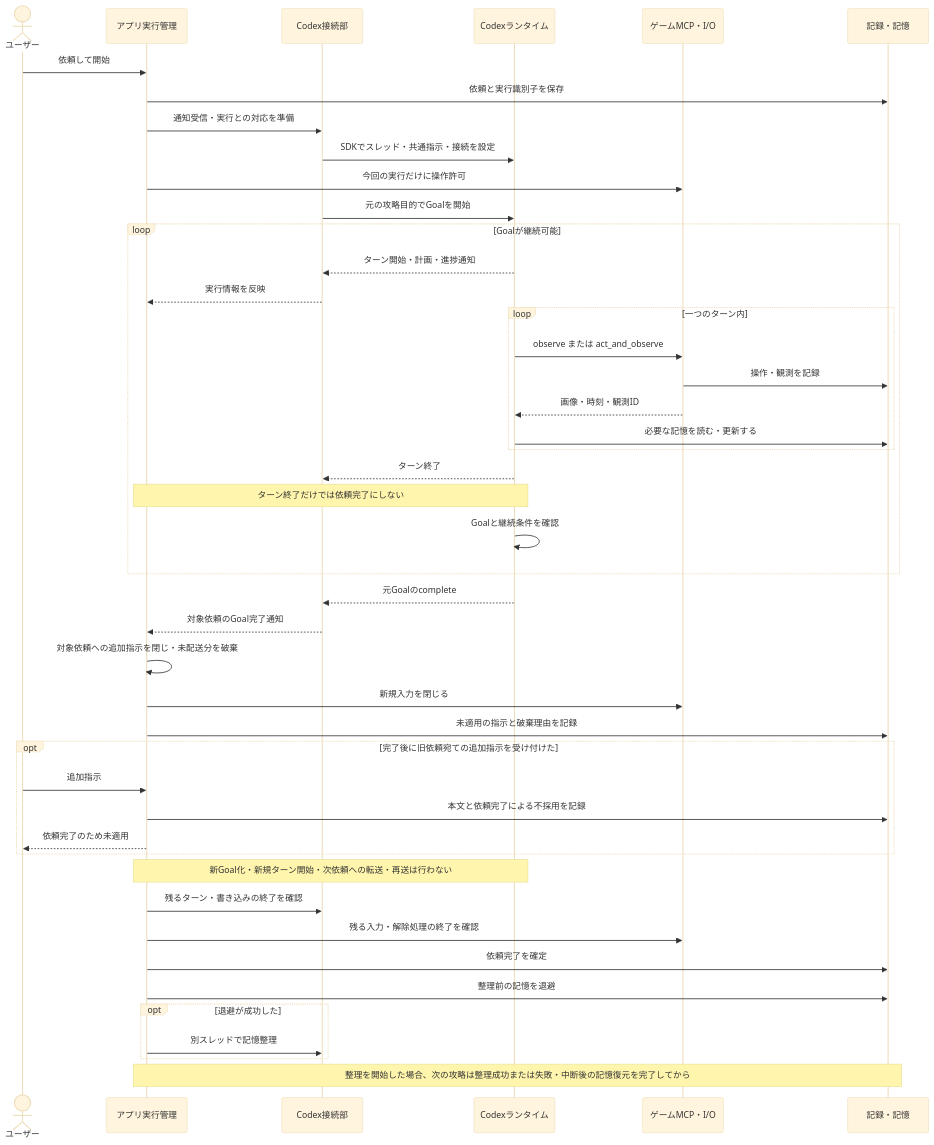
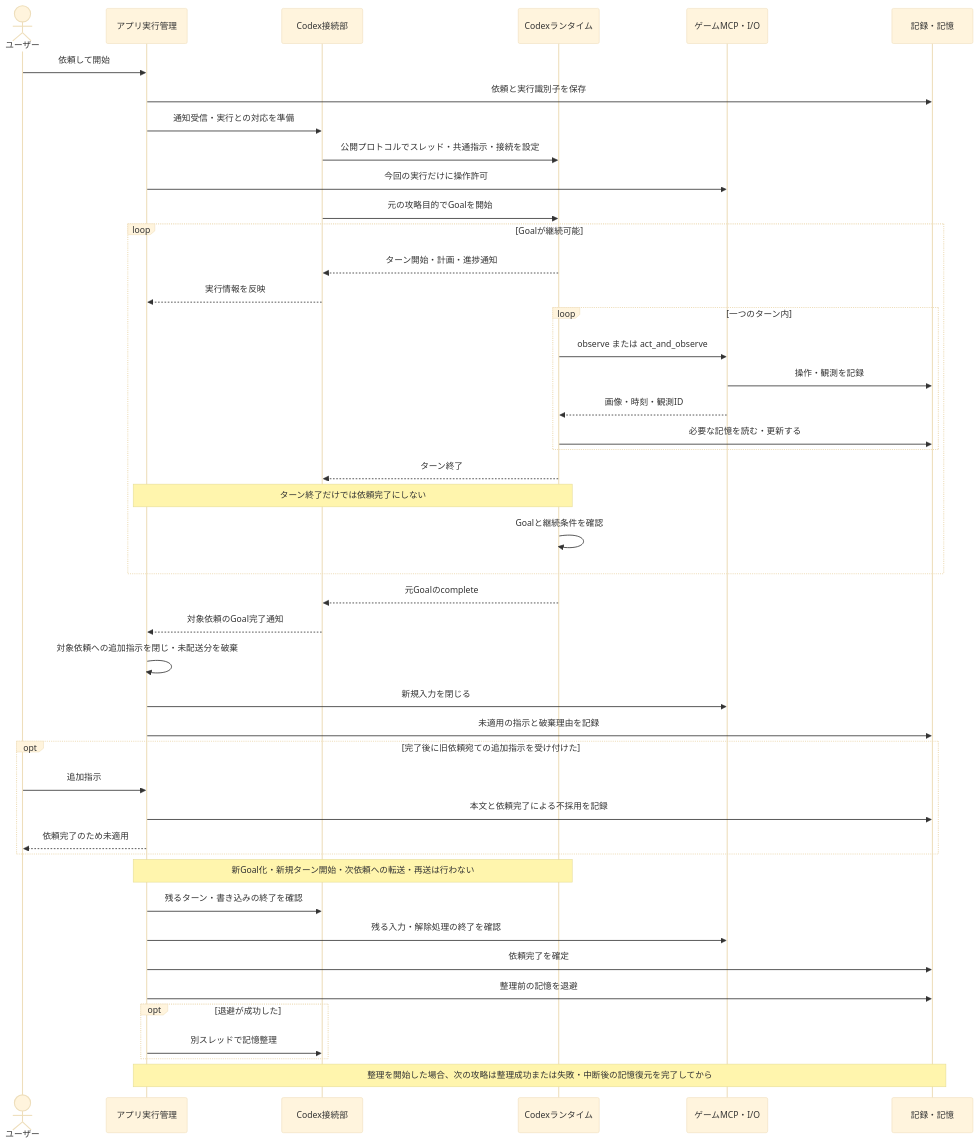
One commit to niart120/Project_Gigas changed the second of 8 diagrams in spec/initial/09-control-flows.md. Above: the diagram before and after it, drawn with Mermaid (base theme). The commit also changed other lines of this file and 6 other files, not shown here.

````diff
--- a/spec/initial/09-control-flows.md
+++ b/spec/initial/09-control-flows.md
@@ -68,47 +68,47 @@
 ```mermaid
 sequenceDiagram
     actor U as ユーザー
     participant A as アプリ実行管理
     participant C as Codex接続部
     participant R as Codexランタイム
     participant G as ゲームMCP・I/O
     participant D as 記録・記憶
     U->>A: 依頼して開始
     A->>D: 依頼と実行識別子を保存
     A->>C: 通知受信・実行との対応を準備
-    C->>R: SDKでスレッド・共通指示・接続を設定
+    C->>R: 公開プロトコルでスレッド・共通指示・接続を設定
     A->>G: 今回の実行だけに操作許可
     C->>R: 元の攻略目的でGoalを開始
     loop Goalが継続可能
         R-->>C: ターン開始・計画・進捗通知
         C-->>A: 実行情報を反映
         loop 一つのターン内
             R->>G: observe または act_and_observe
             G->>D: 操作・観測を記録
             G-->>R: 画像・時刻・観測ID
             R->>D: 必要な記憶を読む・更新する
         end
         R-->>C: ターン終了
         Note over A,R: ターン終了だけでは依頼完了にしない
         R->>R: Goalと継続条件を確認
     end
     R-->>C: 元Goalのcomplete
     C-->>A: 対象依頼のGoal完了通知
     A->>A: 対象依頼への追加指示を閉じ・未配送分を破棄
     A->>G: 新規入力を閉じる
     A->>D: 未適用の指示と破棄理由を記録
     opt 完了後に旧依頼宛ての追加指示を受け付けた
         U->>A: 追加指示
         A->>D: 本文と依頼完了による不採用を記録
         A-->>U: 依頼完了のため未適用
     end
     Note over A,R: 新Goal化・新規ターン開始・次依頼への転送・再送は行わない
     A->>C: 残るターン・書き込みの終了を確認
     A->>G: 残る入力・解除処理の終了を確認
     A->>D: 依頼完了を確定
     A->>D: 整理前の記憶を退避
     opt 退避が成功した
         A->>C: 別スレッドで記憶整理
     end
     Note over A,D: 整理を開始した場合、次の攻略は整理成功または失敗・中断後の記憶復元を完了してから
 ```
````
